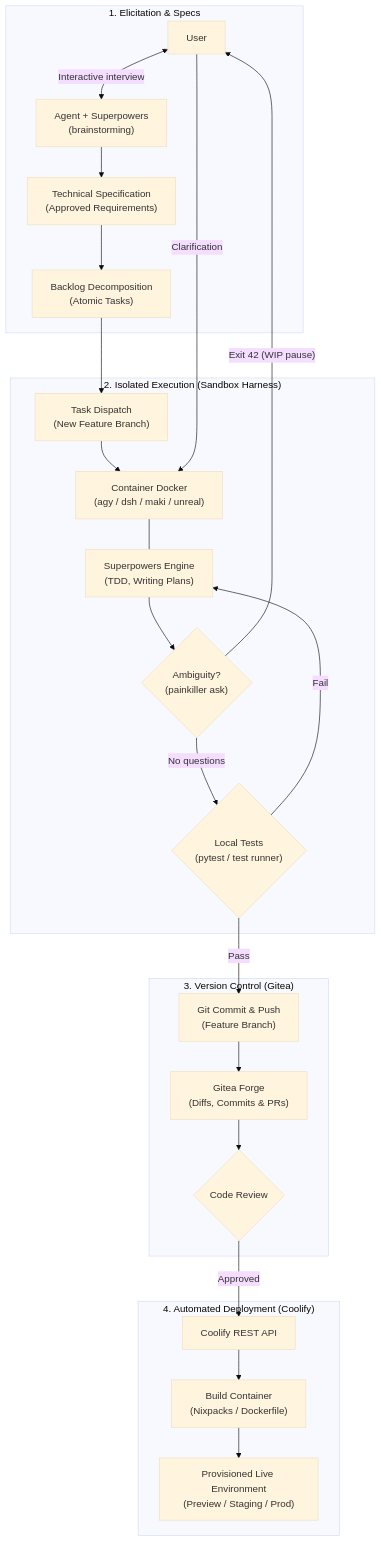
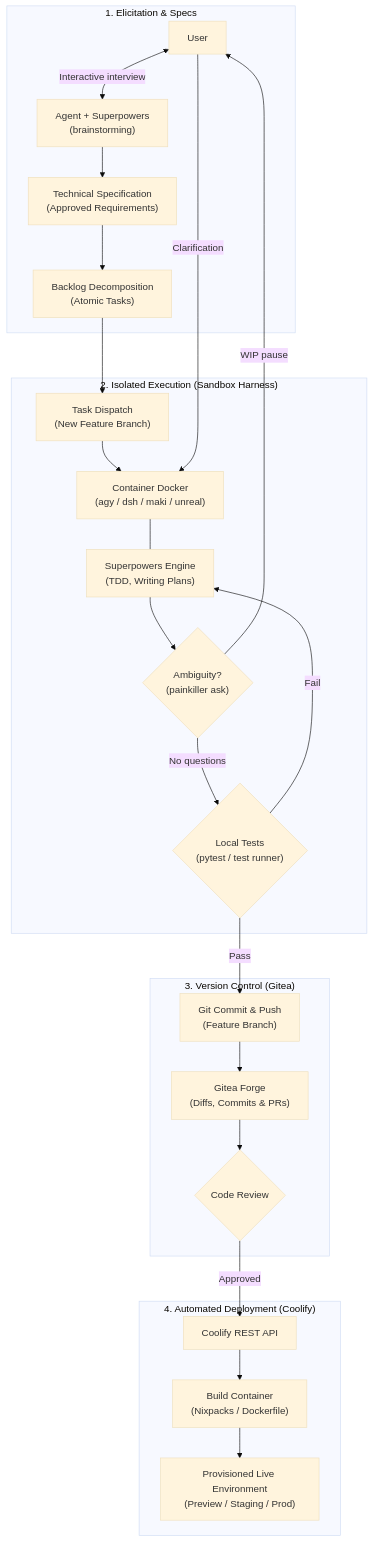
The diagram in README.md (ricardoborges/Painkiller), drawn with Mermaid (base theme) before and after one commit. The commit also changed other lines of this file and 2 other files, not shown here.

Commit message:
Drop exit 42 mentions from site and README

````diff
--- a/README.md
+++ b/README.md
@@ -56,50 +56,50 @@
 ```mermaid
 flowchart TD
     subgraph S1["1. Elicitation & Specs"]
         Human["User"]
         Brainstorm["Agent + Superpowers<br/>(brainstorming)"]
         Spec["Technical Specification<br/>(Approved Requirements)"]
         Decomp["Backlog Decomposition<br/>(Atomic Tasks)"]
         
         Human <-->|"Interactive interview"| Brainstorm
         Brainstorm --> Spec
         Spec --> Decomp
     end
 
     subgraph S2["2. Isolated Execution (Sandbox Harness)"]
         Dispatch["Task Dispatch<br/>(New Feature Branch)"]
         Harness["Container Docker<br/>(agy / dsh / maki / unreal)"]
         Skills["Superpowers Engine<br/>(TDD, Writing Plans)"]
         Ask{"Ambiguity?<br/>(painkiller ask)"}
         Tests{"Local Tests<br/>(pytest / test runner)"}
         
         Decomp --> Dispatch
         Dispatch --> Harness
         Harness --- Skills
         Skills --> Ask
-        Ask -- "Exit 42 (WIP pause)" --> Human
+        Ask -- "WIP pause" --> Human
         Human -- "Clarification" --> Harness
         Ask -- "No questions" --> Tests
         Tests -- "Fail" --> Skills
     end
 
     subgraph S3["3. Version Control (Gitea)"]
         Commit["Git Commit & Push<br/>(Feature Branch)"]
         GiteaRepo["Gitea Forge<br/>(Diffs, Commits & PRs)"]
         Review{"Code Review"}
         
         Tests -- "Pass" --> Commit
         Commit --> GiteaRepo
         GiteaRepo --> Review
     end
 
     subgraph S4["4. Automated Deployment (Coolify)"]
         CoolifyAPI["Coolify REST API"]
         BuildPack["Build Container<br/>(Nixpacks / Dockerfile)"]
         LiveEnv["Provisioned Live Environment<br/>(Preview / Staging / Prod)"]
         
         Review -- "Approved" --> CoolifyAPI
         CoolifyAPI --> BuildPack
         BuildPack --> LiveEnv
     end
 ```
````
